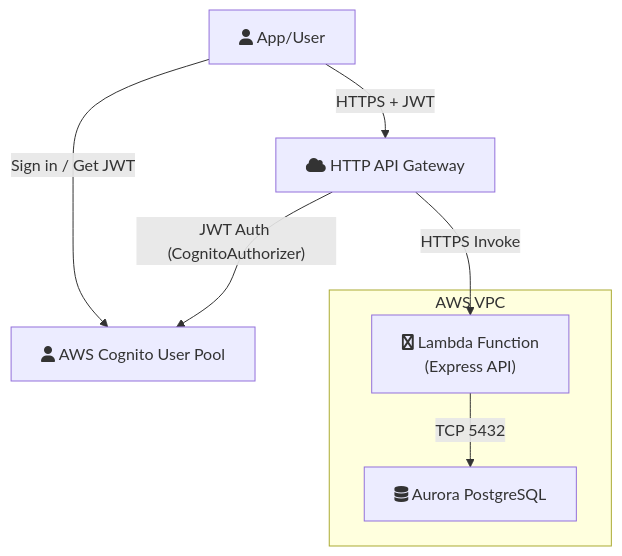
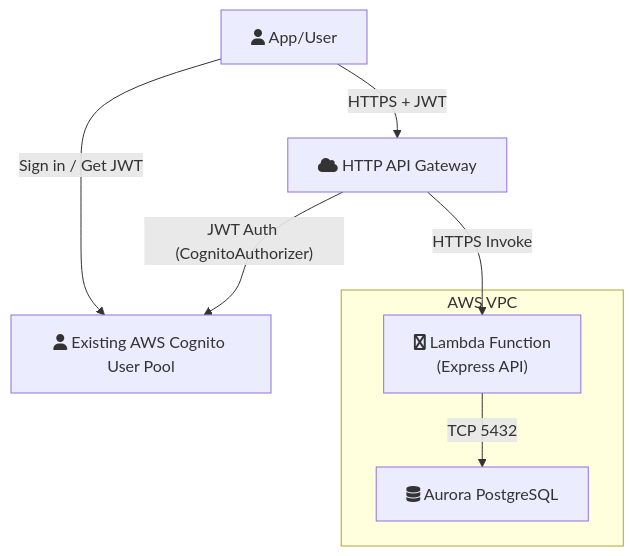
The diagram in backend/documents/aws-infr.md (joymathews/trail), drawn with Mermaid before and after one commit. The commit also changed other lines of this file and 1 other file, not shown here.

````diff
--- a/backend/documents/aws-infr.md
+++ b/backend/documents/aws-infr.md
@@ -80,16 +80,16 @@
 ```mermaid
 %%{init: { 'theme': 'default', 'themeVariables': { 'fontFamily': 'Arial' } }}%%
 flowchart TD
     subgraph VPC["AWS VPC"]
         Lambda["fa:fa-aws Lambda Function\n(Express API)"]
         Aurora["fa:fa-database Aurora PostgreSQL"]
         Lambda -- "TCP 5432" --> Aurora
     end
     API["fa:fa-cloud HTTP API Gateway"]
-    Cognito["fa:fa-user AWS Cognito User Pool"]
+    Cognito["fa:fa-user Existing AWS Cognito User Pool"]
     User["fa:fa-user App/User"]
     User -- "Sign in / Get JWT" --> Cognito
     User -- "HTTPS + JWT" --> API
     API -- "JWT Auth (CognitoAuthorizer)" --> Cognito
     API -- "HTTPS Invoke" --> Lambda
 ```
````
